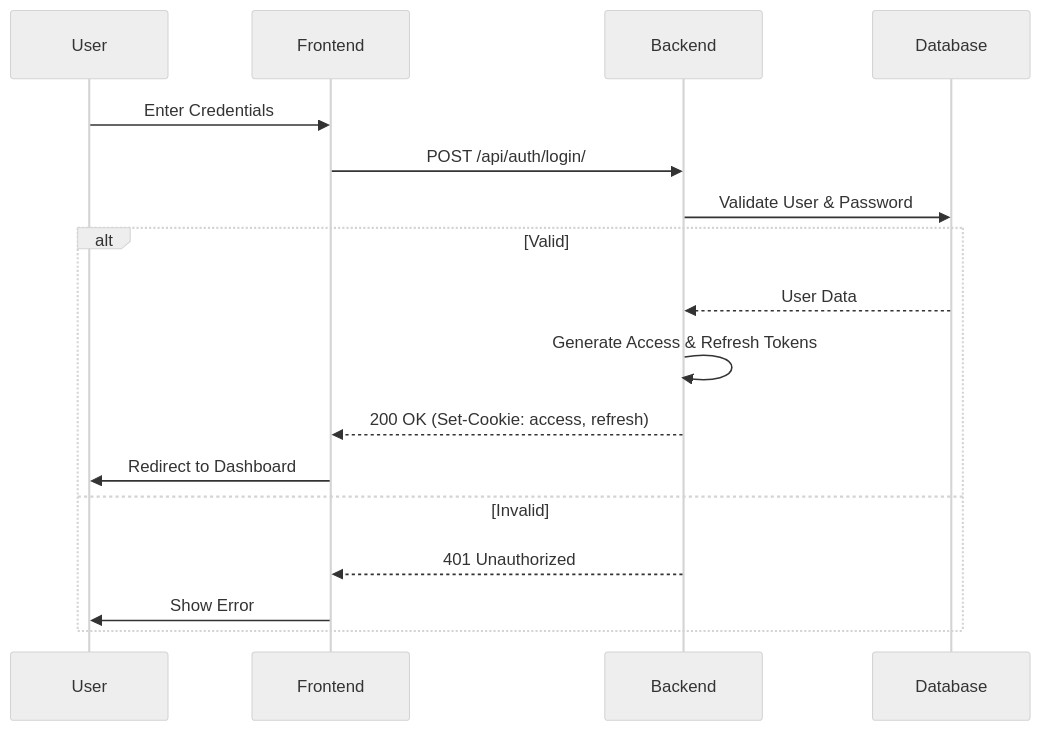
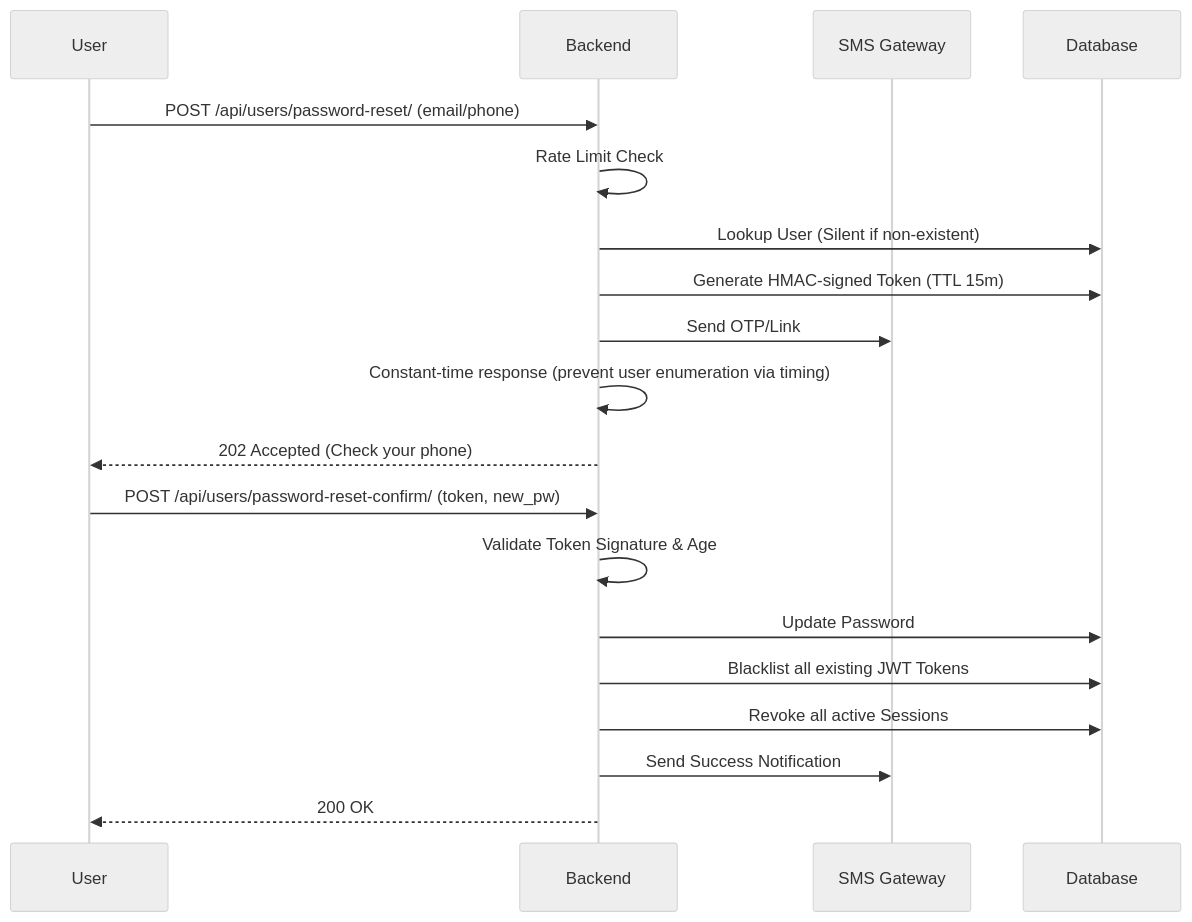
The third of 6 diagrams in docs/03-logic-flows.md (emmaarthur191/coastal-project), drawn with Mermaid (neutral theme) before and after one commit. The commit also changed other lines of this file and 341 other files, not shown here.

````diff
--- a/docs/03-logic-flows.md
+++ b/docs/03-logic-flows.md
@@ -6,20 +123,23 @@
 ```mermaid
 sequenceDiagram
     participant U as User
-    participant F as Frontend
     participant B as Backend
+    participant SMS as SMS Gateway
     participant DB as Database
 
-    U->>F: Enter Credentials
-    F->>B: POST /api/auth/login/
-    B->>DB: Validate User & Password
-    alt Valid
-        DB-->>B: User Data
-        B->>B: Generate Access & Refresh Tokens
-        B-->>F: 200 OK (Set-Cookie: access, refresh)
-        F->>U: Redirect to Dashboard
-    else Invalid
-        B-->>F: 401 Unauthorized
-        F->>U: Show Error
-    end
+    U->>B: POST /api/users/password-reset/ (email/phone)
+    B->>B: Rate Limit Check
+    B->>DB: Lookup User (Silent if non-existent)
+    B->>DB: Generate HMAC-signed Token (TTL 15m)
+    B->>SMS: Send OTP/Link
+    B->>B: Constant-time response (prevent user enumeration via timing)
+    B-->>U: 202 Accepted (Check your phone)
+
+    U->>B: POST /api/users/password-reset-confirm/ (token, new_pw)
+    B->>B: Validate Token Signature & Age
+    B->>DB: Update Password
+    B->>DB: Blacklist all existing JWT Tokens
+    B->>DB: Revoke all active Sessions
+    B->>SMS: Send Success Notification
+    B-->>U: 200 OK
 ```
````
